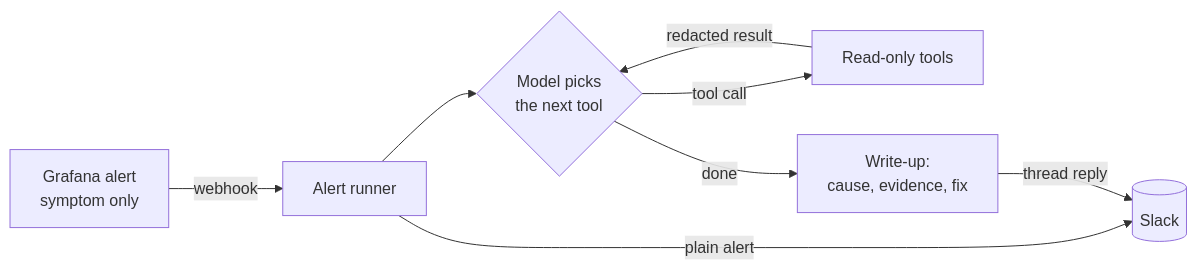
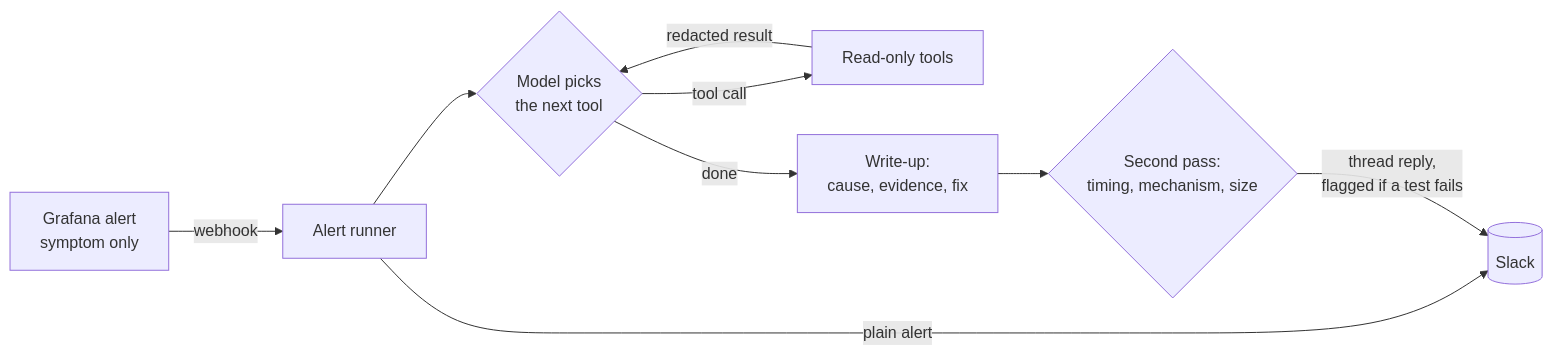
One commit to ldhir/devops-mcp changed the first of 3 diagrams in README.md. Above: the diagram before and after it, drawn with Mermaid. The commit also changed other lines of this file and 5 other files, not shown here.

````diff
--- a/README.md
+++ b/README.md
@@ -40,10 +40,11 @@
 ```mermaid
 flowchart LR
     G[Grafana alert<br/>symptom only] -->|webhook| R[Alert runner]
     R -->|plain alert| S[(Slack)]
     R --> M{Model picks<br/>the next tool}
     M -->|tool call| T[Read-only tools]
     T -->|redacted result| M
     M -->|done| W[Write-up:<br/>cause, evidence, fix]
-    W -->|thread reply| S
+    W --> C{Second pass:<br/>timing, mechanism, size}
+    C -->|thread reply,<br/>flagged if a test fails| S
 ```
````
